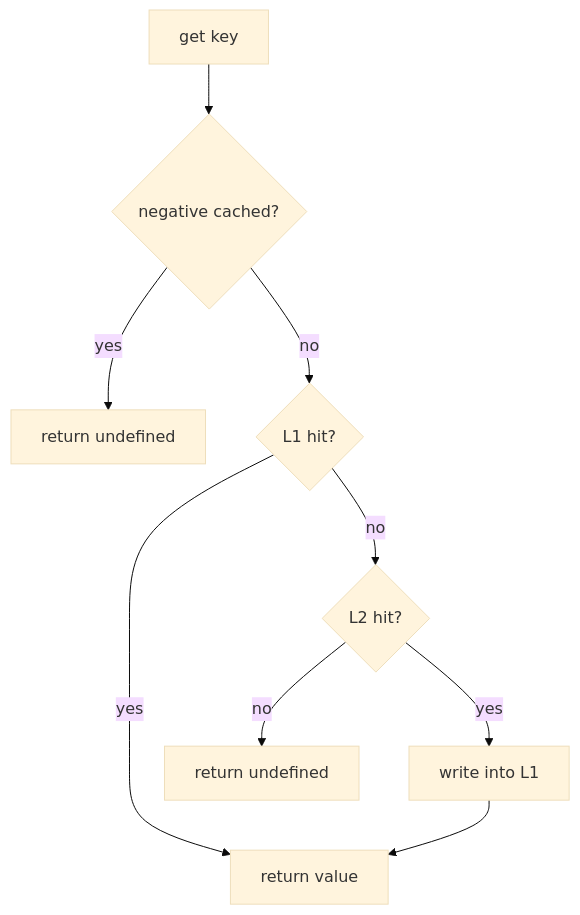
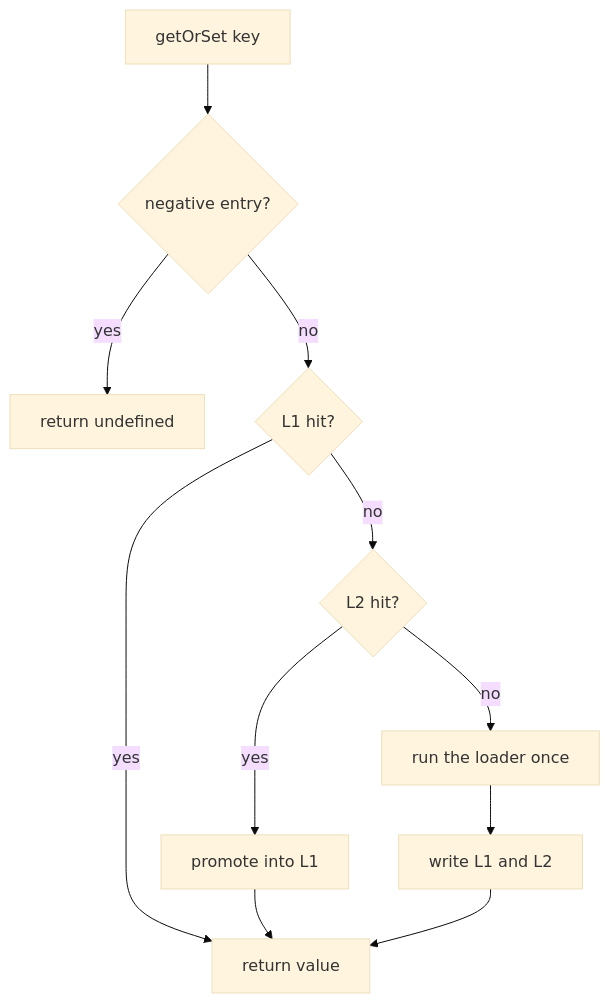
The diagram in docs/concepts/layers.mdx (Amon20044/LazyLayers), drawn with Mermaid (base theme) before and after one commit. The commit also changed other lines of this file and 24 other files, not shown here.

First line of the commit message:
docs: rebuild the guide around getOrSet, and fix two real config bugs

````diff
--- a/docs/concepts/layers.mdx
+++ b/docs/concepts/layers.mdx
@@ -41,10 +89,10 @@
 ```mermaid
 flowchart TB
-    A[get key] --> N{negative cached?}
+    A[getOrSet key] --> N{negative entry?}
     N -->|yes| U[return undefined]
     N -->|no| B{L1 hit?}
     B -->|yes| R[return value]
     B -->|no| C{L2 hit?}
-    C -->|yes| P[write into L1] --> R
-    C -->|no| U2[return undefined]
+    C -->|yes| P[promote into L1] --> R
+    C -->|no| L[run the loader once] --> W[write L1 and L2] --> R
 ```
````
